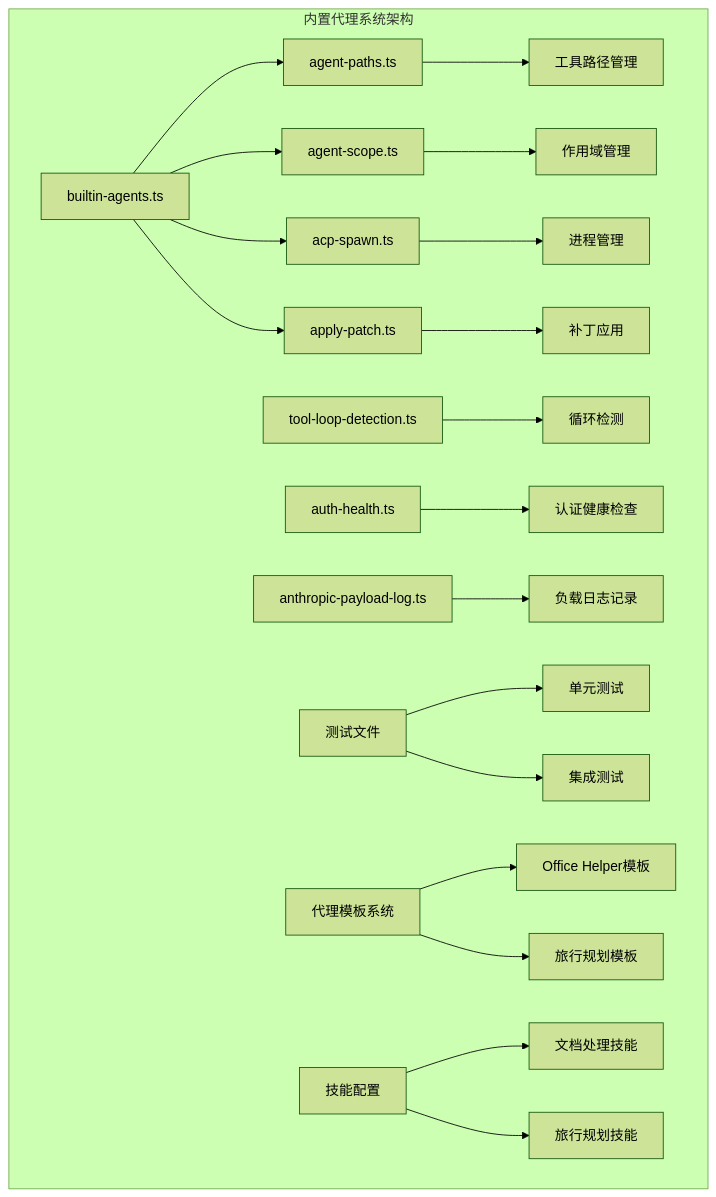
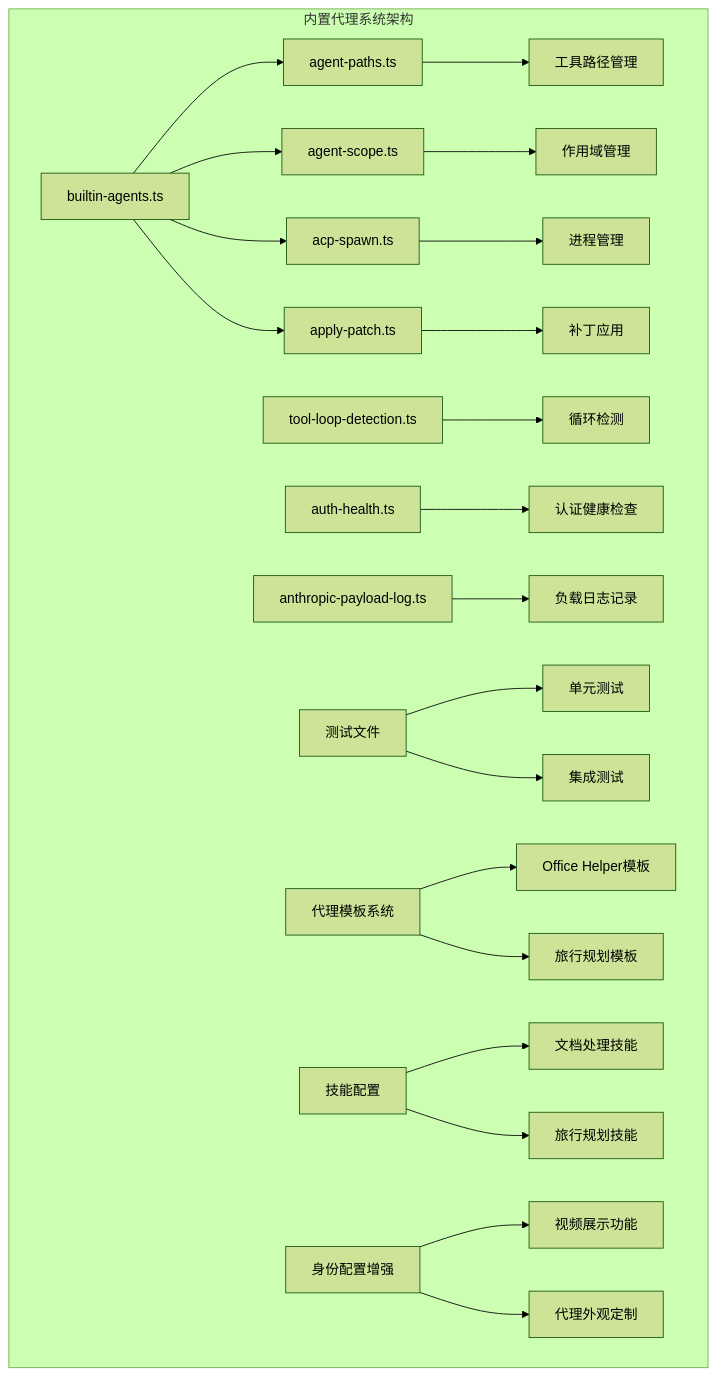
Before and after one commit to verse-ai-org/openclaw: the first of 15 diagrams in .qoder/repowiki/zh/content/Builtin Agents System.md, drawn with Mermaid (forest theme). The commit also changed other lines of this file and 55 other files, not shown here.

````diff
--- a/.qoder/repowiki/zh/content/Builtin Agents System.md
+++ b/.qoder/repowiki/zh/content/Builtin Agents System.md
@@ -58,22 +72,24 @@
 ```mermaid
 graph TB
 subgraph "内置代理系统架构"
 A[builtin-agents.ts] --> B[agent-paths.ts]
 A --> C[agent-scope.ts]
 A --> D[acp-spawn.ts]
 A --> E[apply-patch.ts]
 B --> F[工具路径管理]
 C --> G[作用域管理]
 D --> H[进程管理]
 E --> I[补丁应用]
 J[tool-loop-detection.ts] --> K[循环检测]
 L[auth-health.ts] --> M[认证健康检查]
 N[anthropic-payload-log.ts] --> O[负载日志记录]
 P[测试文件] --> Q[单元测试]
 P --> R[集成测试]
 S[代理模板系统] --> T[Office Helper模板]
 S --> U[旅行规划模板]
 V[技能配置] --> W[文档处理技能]
 V --> X[旅行规划技能]
+Y[身份配置增强] --> Z[视频展示功能]
+Y --> AA[代理外观定制]
 end
 ```
````
